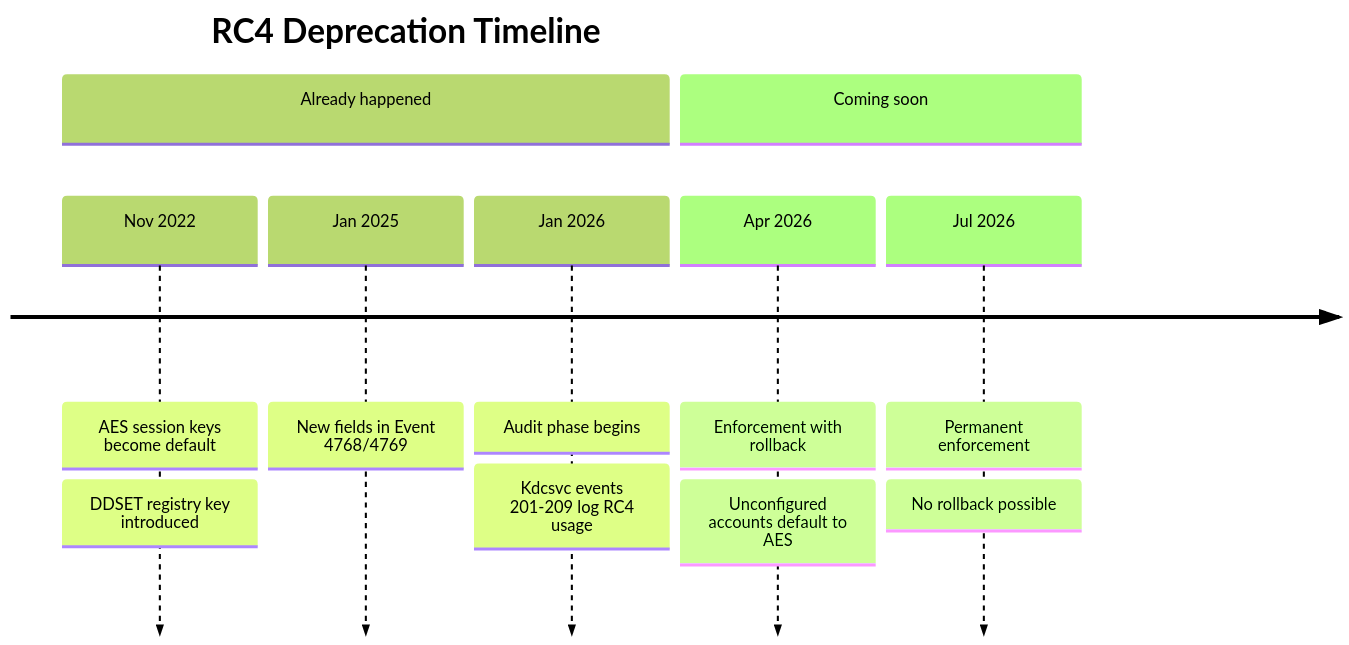
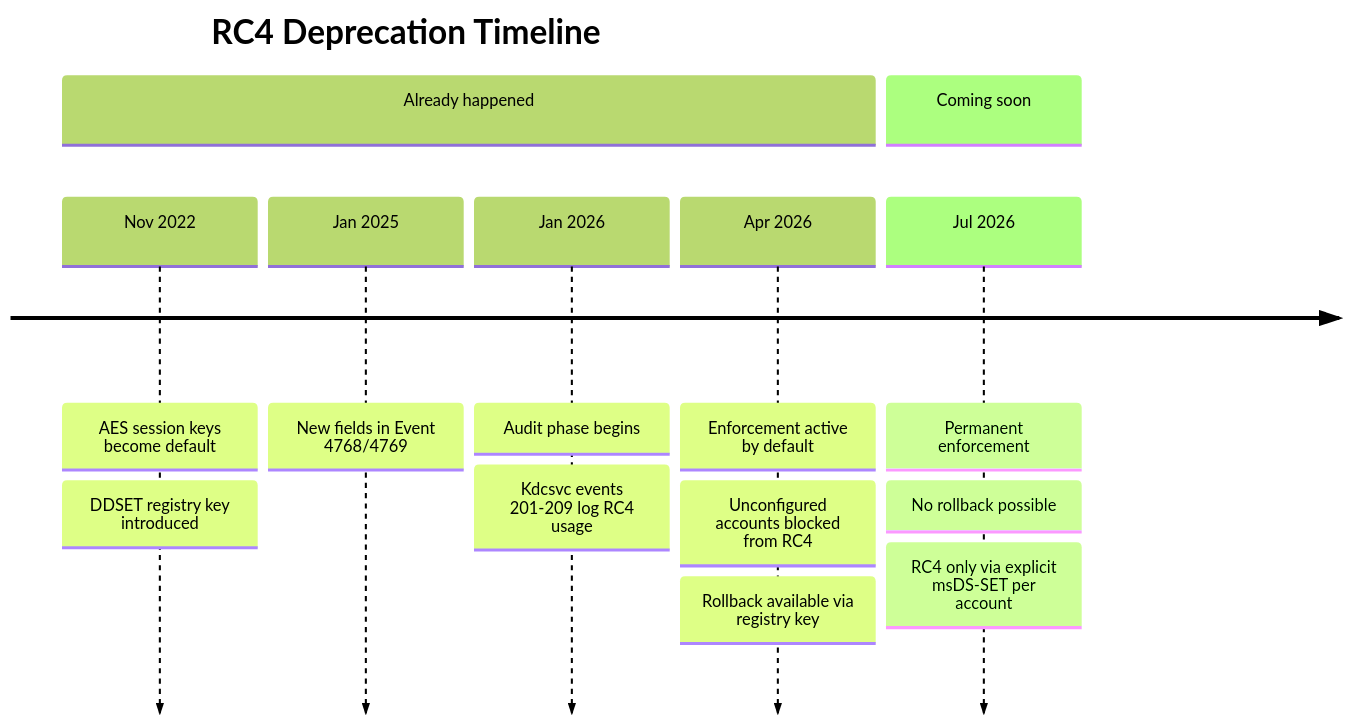
The third of 4 diagrams in content/security/quick-start.md (StrongWind1/Kerberos), drawn with Mermaid (forest theme) before and after one commit. The commit also changed other lines of this file and 3 other files, not shown here.

````diff
--- a/content/security/quick-start.md
+++ b/content/security/quick-start.md
@@ -131,15 +139,17 @@
 ```mermaid
 timeline
     title RC4 Deprecation Timeline
     section Already happened
         Nov 2022 : AES session keys become default
                  : DDSET registry key introduced
         Jan 2025 : New fields in Event 4768/4769
         Jan 2026 : Audit phase begins
                  : Kdcsvc events 201-209 log RC4 usage
+        Apr 2026 : Enforcement active by default
+                 : Unconfigured accounts blocked from RC4
+                 : Rollback available via registry key
     section Coming soon
-        Apr 2026 : Enforcement with rollback
-                 : Unconfigured accounts default to AES
         Jul 2026 : Permanent enforcement
                  : No rollback possible
+                 : RC4 only via explicit msDS-SET per account
 ```
````
